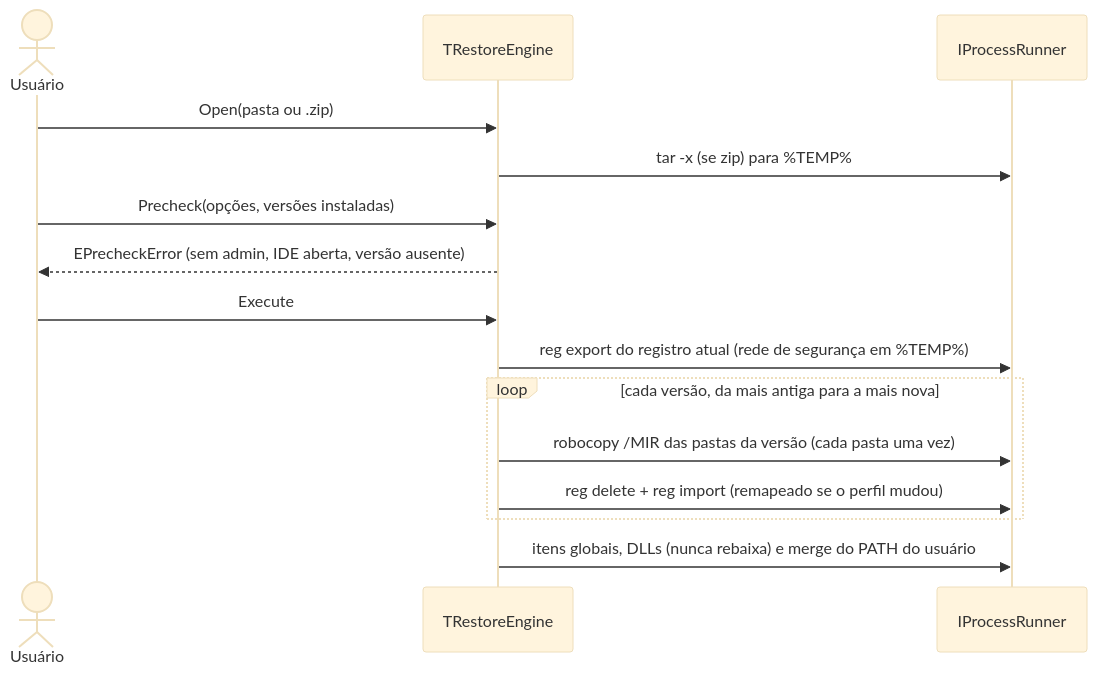
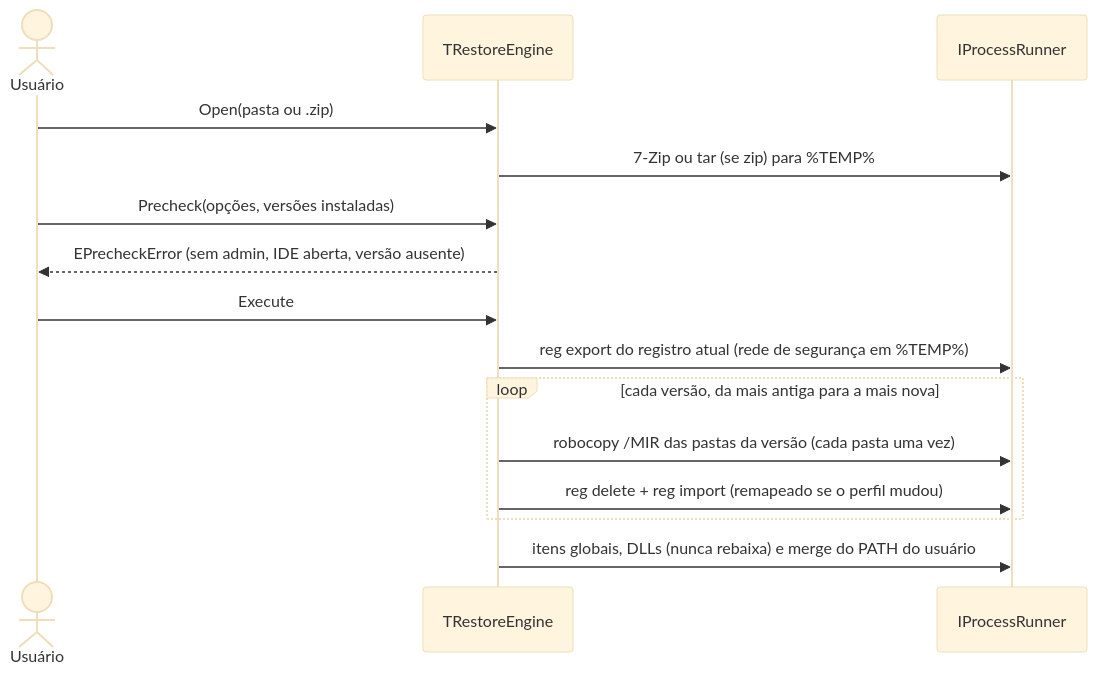
Before and after one commit to evaldoavelar/delphi-backup-restore: the second of 3 diagrams in docs/ARCHITECTURE.md, drawn with Mermaid (base theme). The commit also changed other lines of this file and 6 other files, not shown here.

````diff
--- a/docs/ARCHITECTURE.md
+++ b/docs/ARCHITECTURE.md
@@ -35,17 +35,17 @@
 ```mermaid
 sequenceDiagram
     actor U as Usuário
     participant R as TRestoreEngine
     participant P as IProcessRunner
     U->>R: Open(pasta ou .zip)
-    R->>P: tar -x (se zip) para %TEMP%
+    R->>P: 7-Zip ou tar (se zip) para %TEMP%
     U->>R: Precheck(opções, versões instaladas)
     R-->>U: EPrecheckError (sem admin, IDE aberta, versão ausente)
     U->>R: Execute
     R->>P: reg export do registro atual (rede de segurança em %TEMP%)
     loop cada versão, da mais antiga para a mais nova
         R->>P: robocopy /MIR das pastas da versão (cada pasta uma vez)
         R->>P: reg delete + reg import (remapeado se o perfil mudou)
     end
     R->>P: itens globais, DLLs (nunca rebaixa) e merge do PATH do usuário
 ```
````
